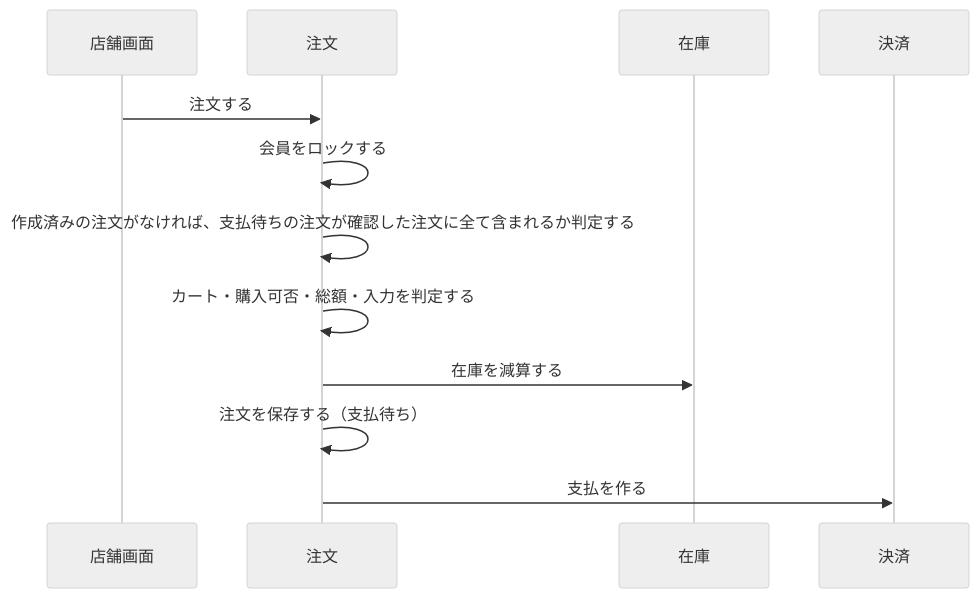
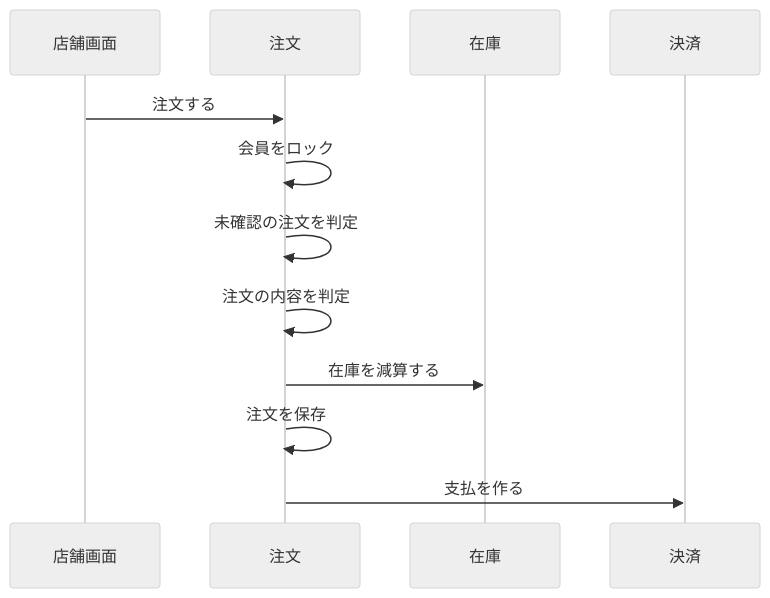
The second of 4 diagrams in docs/02-設計/order.md (roger88106/ec-site), drawn with Mermaid (neutral theme) before and after one commit. The commit also changed other lines of this file, not shown here.

First line of the commit message:
order: 注文の設計の図のラベルを短くする（#406）

````diff
--- a/docs/02-設計/order.md
+++ b/docs/02-設計/order.md
@@ -63,14 +63,14 @@
 ```mermaid
 sequenceDiagram
     participant U as 店舗画面
     participant O as 注文
     participant I as 在庫
     participant P as 決済
     U->>O: 注文する
-    O->>O: 会員をロックする
-    O->>O: 作成済みの注文がなければ、支払待ちの注文が確認した注文に全て含まれるか判定する
-    O->>O: カート・購入可否・総額・入力を判定する
+    O->>O: 会員をロック
+    O->>O: 未確認の注文を判定
+    O->>O: 注文の内容を判定
     O->>I: 在庫を減算する
-    O->>O: 注文を保存する（支払待ち）
+    O->>O: 注文を保存
     O->>P: 支払を作る
 ```
````
